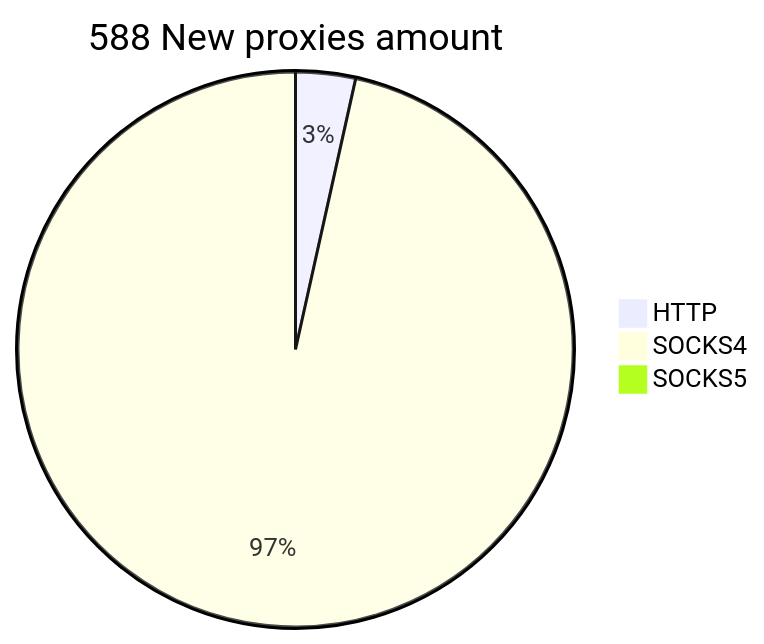
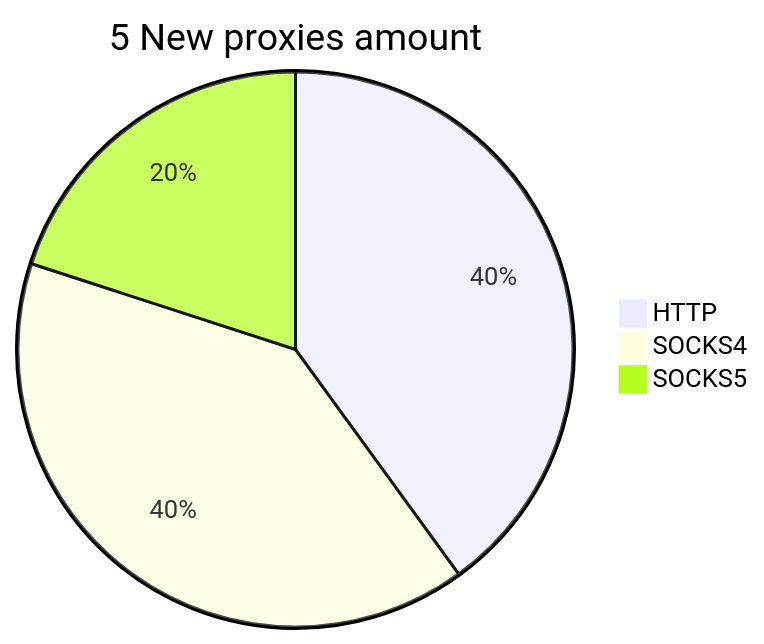
One commit to cutipu/proxylist changed the second of 2 diagrams in README.md. Above: the diagram before and after it, drawn with Mermaid. The commit also changed other lines of this file, not shown here.

````diff
--- a/README.md
+++ b/README.md
@@ -10,6 +10,6 @@
 ```mermaid
-pie title 588 New proxies amount
-    "HTTP" : 21
-    "SOCKS4" : 582
-    "SOCKS5" : 0
+pie title 5 New proxies amount
+    "HTTP" : 2
+    "SOCKS4" : 2
+    "SOCKS5" : 1
 ```
````
